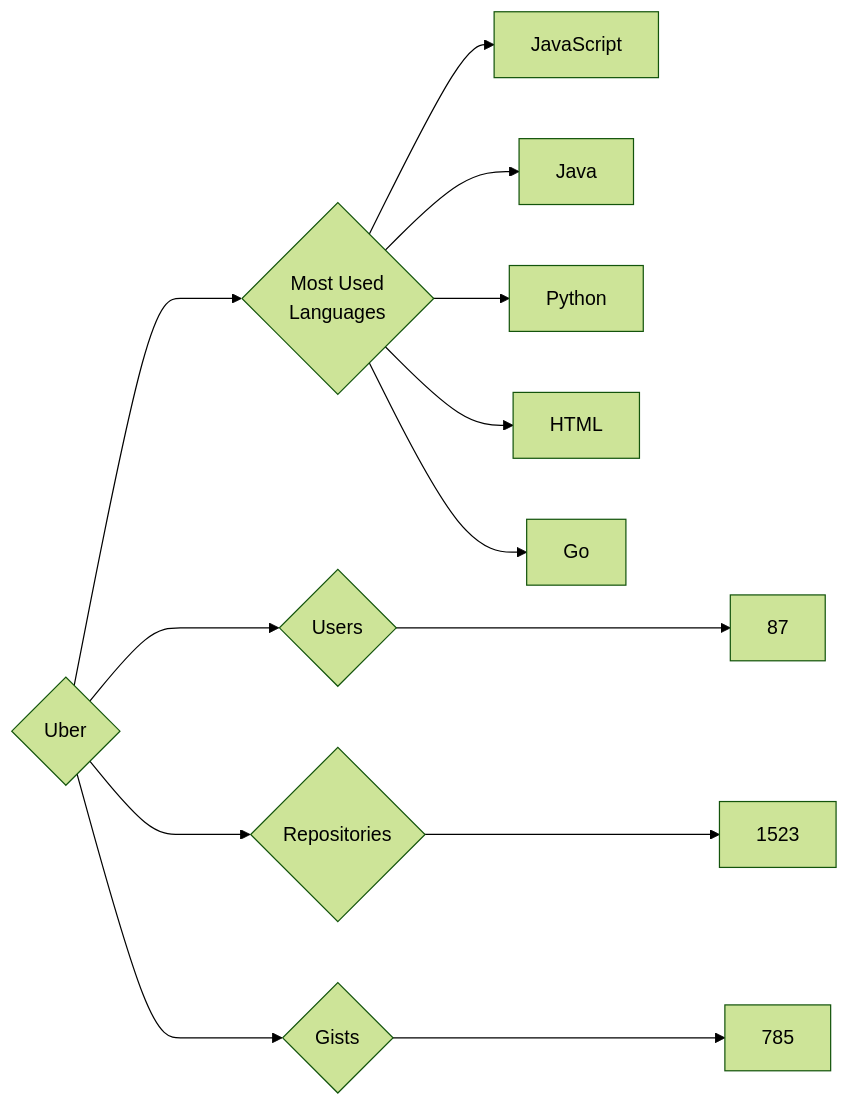
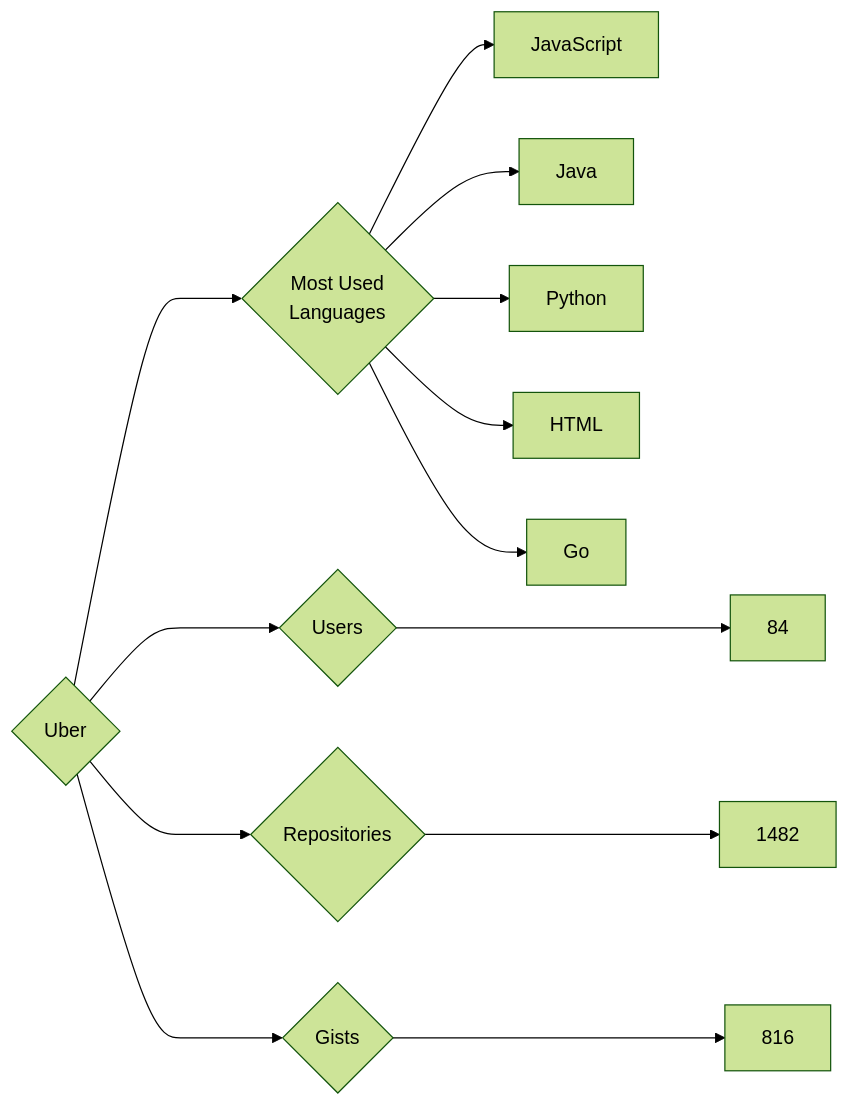
One commit to trickest/insiders changed the diagram in targets/Uber/README.md. Above: the diagram before and after it, drawn with Mermaid (forest theme). The commit also changed 870 other files, not shown here.

````diff
--- a/targets/Uber/README.md
+++ b/targets/Uber/README.md
@@ -3,13 +3,13 @@
 ```mermaid
 graph LR
 COMPANY_NAME{Uber}
-COMPANY_NAME ---> U{Users} ---> UN[87]
-COMPANY_NAME ---> R{Repositories} ---> RN[1523]
-COMPANY_NAME ---> G{Gists} ---> GN[785]
+COMPANY_NAME ---> U{Users} ---> UN[84]
+COMPANY_NAME ---> R{Repositories} ---> RN[1482]
+COMPANY_NAME ---> G{Gists} ---> GN[816]
 COMPANY_NAME ---> ML{Most Used<br>Languages}
 ML --> JavaScript[JavaScript]
 ML --> Java[Java]
 ML --> Python[Python]
 ML --> HTML[HTML]
 ML --> Go[Go]
 ```
````
